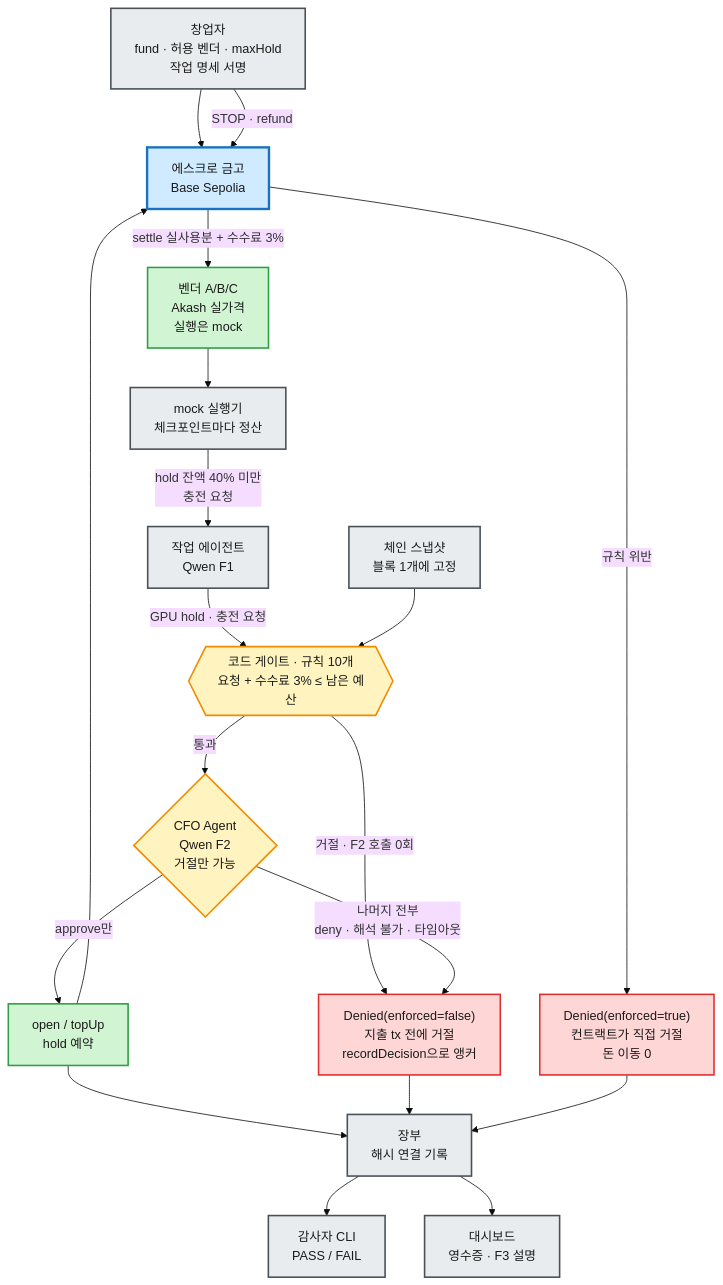
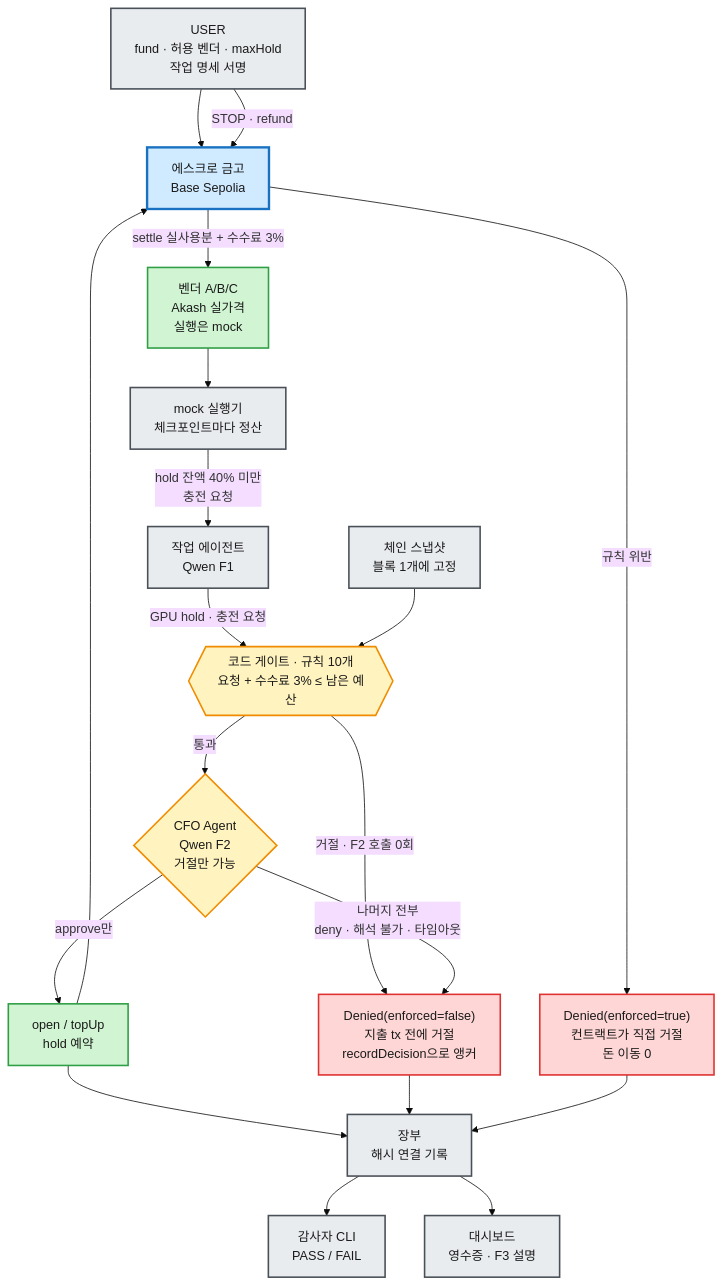
The diagram in diagrams/cfo-agent-escrow-topup.mmd (Rehgud/GWDC2026), drawn with Mermaid (base theme) before and after one commit. The commit also changed 13 other files, not shown here.

```diff
--- a/diagrams/cfo-agent-escrow-topup.mmd
+++ b/diagrams/cfo-agent-escrow-topup.mmd
@@ -1,30 +1,30 @@
 graph TD
-    F["창업자<br/>fund · 허용 벤더 · maxHold<br/>작업 명세 서명"] --> V["에스크로 금고<br/>Base Sepolia"]
+    F["USER<br/>fund · 허용 벤더 · maxHold<br/>작업 명세 서명"] --> V["에스크로 금고<br/>Base Sepolia"]
     W["작업 에이전트<br/>Qwen F1"] -->|"GPU hold · 충전 요청"| G{{"코드 게이트 · 규칙 10개<br/>요청 + 수수료 3% ≤ 남은 예산"}}
     S["체인 스냅샷<br/>블록 1개에 고정"] --> G
     G -->|"통과"| C{"CFO Agent<br/>Qwen F2<br/>거절만 가능"}
     G -->|"거절 · F2 호출 0회"| D["Denied(enforced=false)<br/>지출 tx 전에 거절<br/>recordDecision으로 앵커"]
     C -->|"approve만"| T["open / topUp<br/>hold 예약"]
     C -->|"나머지 전부<br/>deny · 해석 불가 · 타임아웃"| D
     T --> V
     V -->|"규칙 위반"| DC["Denied(enforced=true)<br/>컨트랙트가 직접 거절<br/>돈 이동 0"]
     V -->|"settle 실사용분 + 수수료 3%"| P["벤더 A/B/C<br/>Akash 실가격<br/>실행은 mock"]
     P --> X["mock 실행기<br/>체크포인트마다 정산"]
     X -->|"hold 잔액 40% 미만<br/>충전 요청"| W
     T --> L["장부<br/>해시 연결 기록"]
     D --> L
     DC --> L
     L --> A["감사자 CLI<br/>PASS / FAIL"]
     L --> U["대시보드<br/>영수증 · F3 설명"]
     F -->|"STOP · refund"| V
 
     classDef approved fill:#d1f5d3,stroke:#2f9e44,stroke-width:2px,color:#1a1a1a;
     classDef blocked fill:#ffd6d6,stroke:#e03131,stroke-width:2px,color:#1a1a1a;
     classDef neutral fill:#e9ecef,stroke:#495057,stroke-width:2px,color:#1a1a1a;
     classDef decision fill:#fff3bf,stroke:#f08c00,stroke-width:2px,color:#1a1a1a;
     classDef vault fill:#d0ebff,stroke:#1971c2,stroke-width:3px,color:#1a1a1a;
     class T,P approved;
     class D,DC blocked;
     class G,C decision;
     class V vault;
     class F,W,S,X,L,A,U neutral;
```
